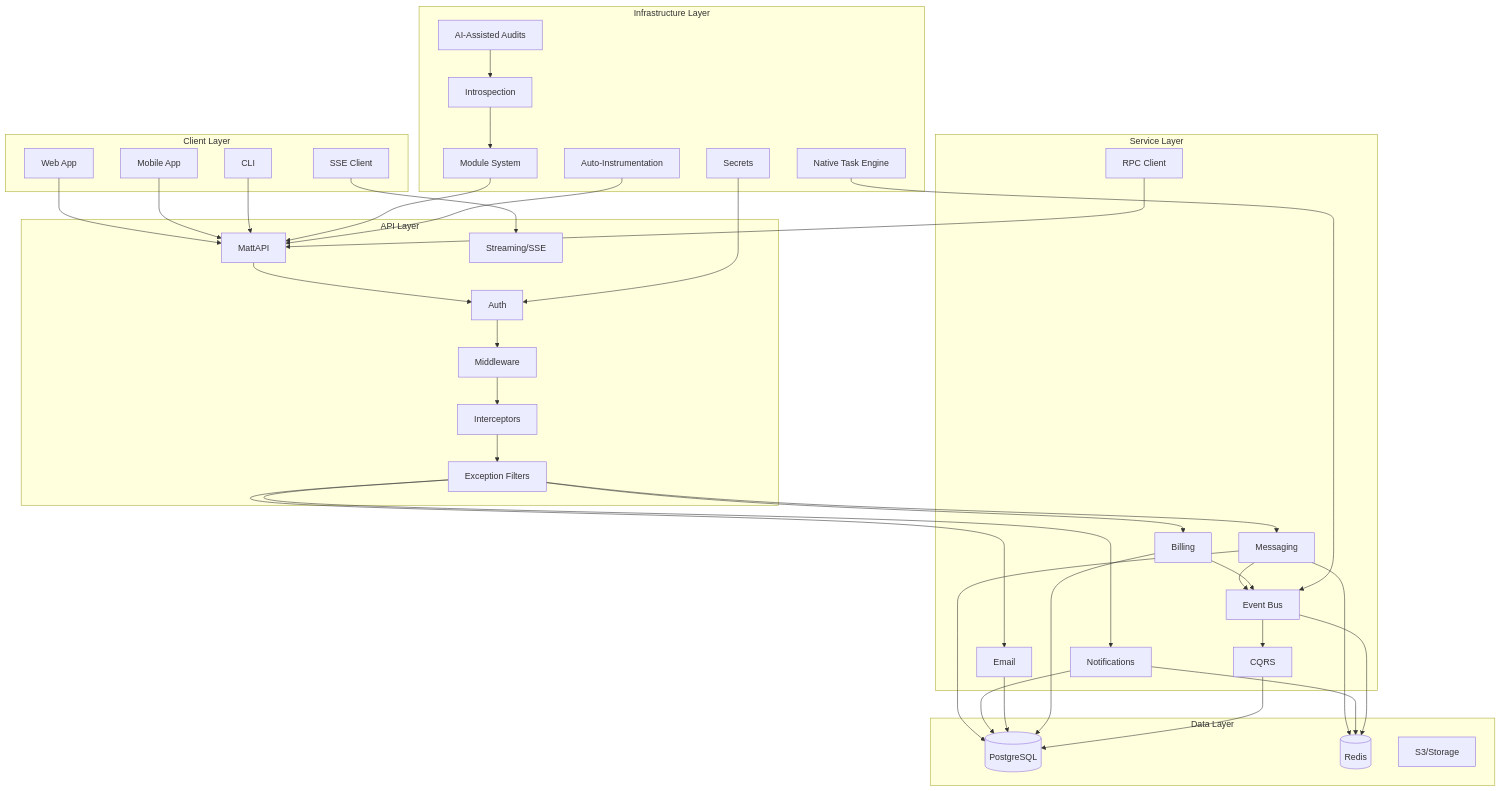
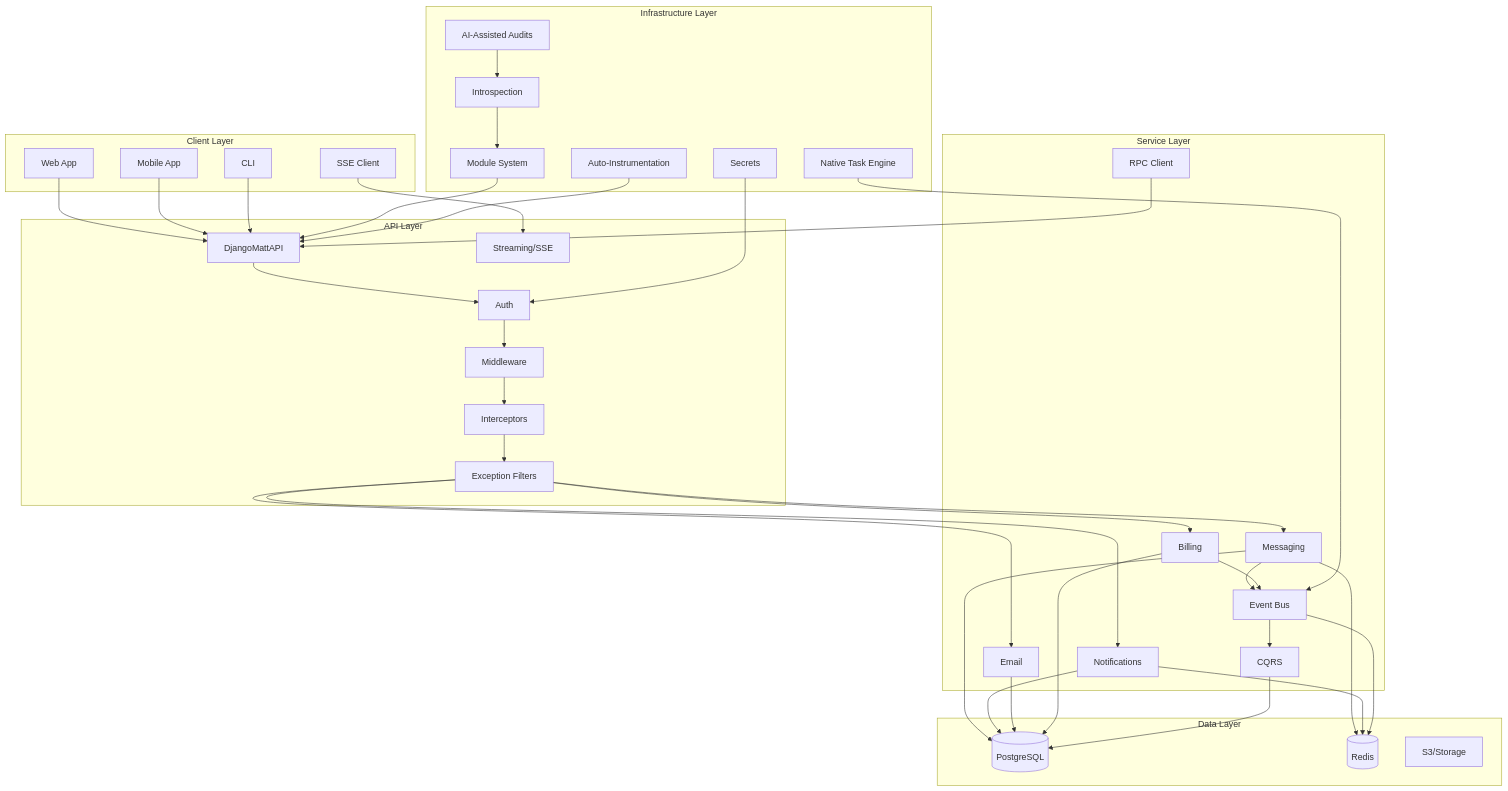
Before and after one commit to mattjaikaran/django-matt: the first of 32 diagrams in docs/diagrams.md, drawn with Mermaid. The commit also changed other lines of this file and 122 other files, not shown here.

First line of the commit message:
refactor: rename MattAPI to DjangoMattAPI, update controller docs

````diff
--- a/docs/diagrams.md
+++ b/docs/diagrams.md
@@ -7,79 +7,79 @@
 ```mermaid
 graph TB
     subgraph "Client Layer"
         WEB[Web App]
         MOBILE[Mobile App]
         CLI[CLI]
         SSE_CLIENT[SSE Client]
     end
 
     subgraph "API Layer"
-        API[MattAPI]
+        API[DjangoMattAPI]
         AUTH[Auth]
         MW[Middleware]
         INTERCEPT[Interceptors]
         EXCFILTER[Exception Filters]
         STREAM[Streaming/SSE]
     end
 
     subgraph "Service Layer"
         MSG[Messaging]
         NOTIF[Notifications]
         EMAIL[Email]
         BILLING[Billing]
         EVENTS[Event Bus]
         CQRS[CQRS]
         RPC[RPC Client]
     end
 
     subgraph "Infrastructure Layer"
         SECRETS[Secrets]
         MODULES[Module System]
         INTRO[Introspection]
         OBSERVE[Auto-Instrumentation]
         TASKS_NATIVE[Native Task Engine]
         AUDITS[AI-Assisted Audits]
     end
 
     subgraph "Data Layer"
         DB[(PostgreSQL)]
         CACHE[(Redis)]
         STORAGE[S3/Storage]
     end
 
     WEB --> API
     MOBILE --> API
     CLI --> API
     SSE_CLIENT --> STREAM
 
     API --> AUTH
     AUTH --> MW
     MW --> INTERCEPT
     INTERCEPT --> EXCFILTER
     EXCFILTER --> MSG
     EXCFILTER --> NOTIF
     EXCFILTER --> EMAIL
     EXCFILTER --> BILLING
 
     MSG --> EVENTS
     BILLING --> EVENTS
     EVENTS --> CQRS
 
     MSG --> DB
     NOTIF --> DB
     EMAIL --> DB
     BILLING --> DB
     CQRS --> DB
 
     MSG --> CACHE
     NOTIF --> CACHE
     EVENTS --> CACHE
 
     SECRETS --> AUTH
     MODULES --> API
     OBSERVE --> API
     INTRO --> MODULES
     RPC --> API
     TASKS_NATIVE --> EVENTS
     AUDITS --> INTRO
 ```
````
